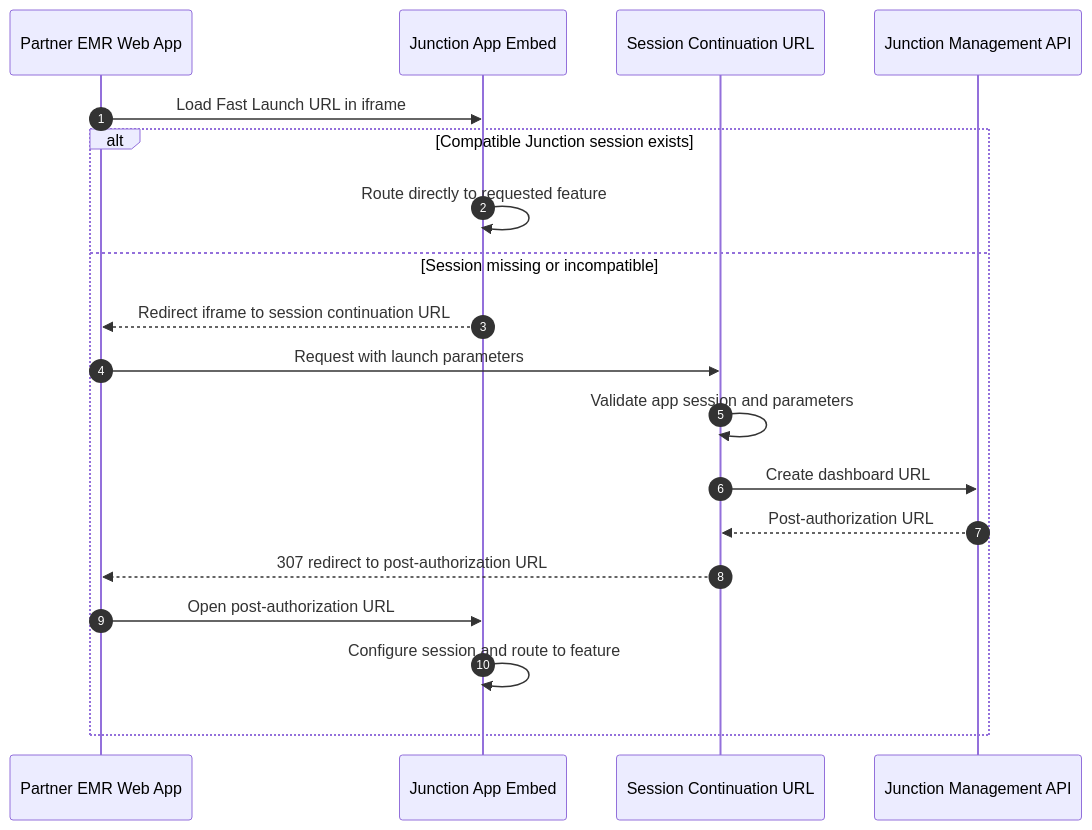
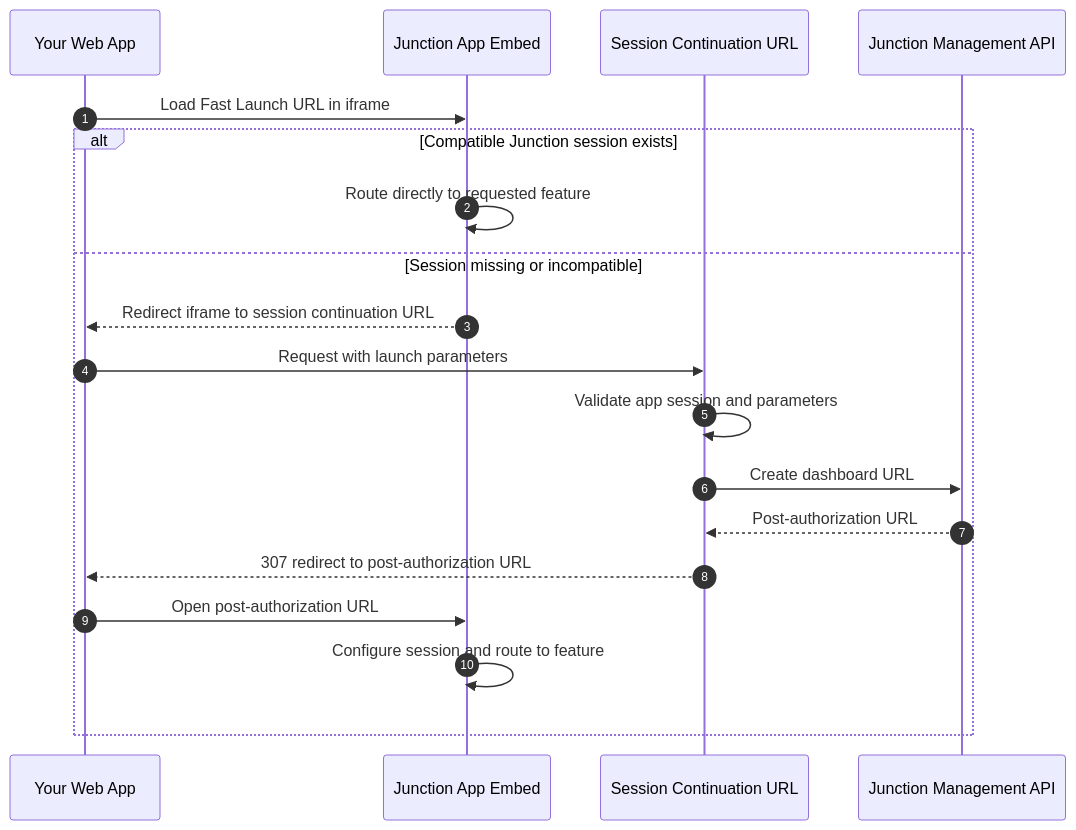
The diagram in docs/app-embed/fast-launch.mdx (tryVital/docs), drawn with Mermaid before and after one commit. The commit also changed 5 other files, not shown here.

````diff
--- a/docs/app-embed/fast-launch.mdx
+++ b/docs/app-embed/fast-launch.mdx
@@ -61,22 +61,22 @@
 ```mermaid
 sequenceDiagram
     autonumber
-    participant PartnerApp as Partner EMR Web App
+    participant PartnerApp as Your Web App
     participant Junction as Junction App Embed
     participant Continuation as Session Continuation URL
     participant API as Junction Management API
 
     PartnerApp->>Junction: Load Fast Launch URL in iframe
     alt Compatible Junction session exists
         Junction->>Junction: Route directly to requested feature
     else Session missing or incompatible
         Junction-->>PartnerApp: Redirect iframe to session continuation URL
         PartnerApp->>Continuation: Request with launch parameters
         Continuation->>Continuation: Validate app session and parameters
         Continuation->>API: Create dashboard URL
         API-->>Continuation: Post-authorization URL
         Continuation-->>PartnerApp: 307 redirect to post-authorization URL
         PartnerApp->>Junction: Open post-authorization URL
         Junction->>Junction: Configure session and route to feature
     end
 ```
````
